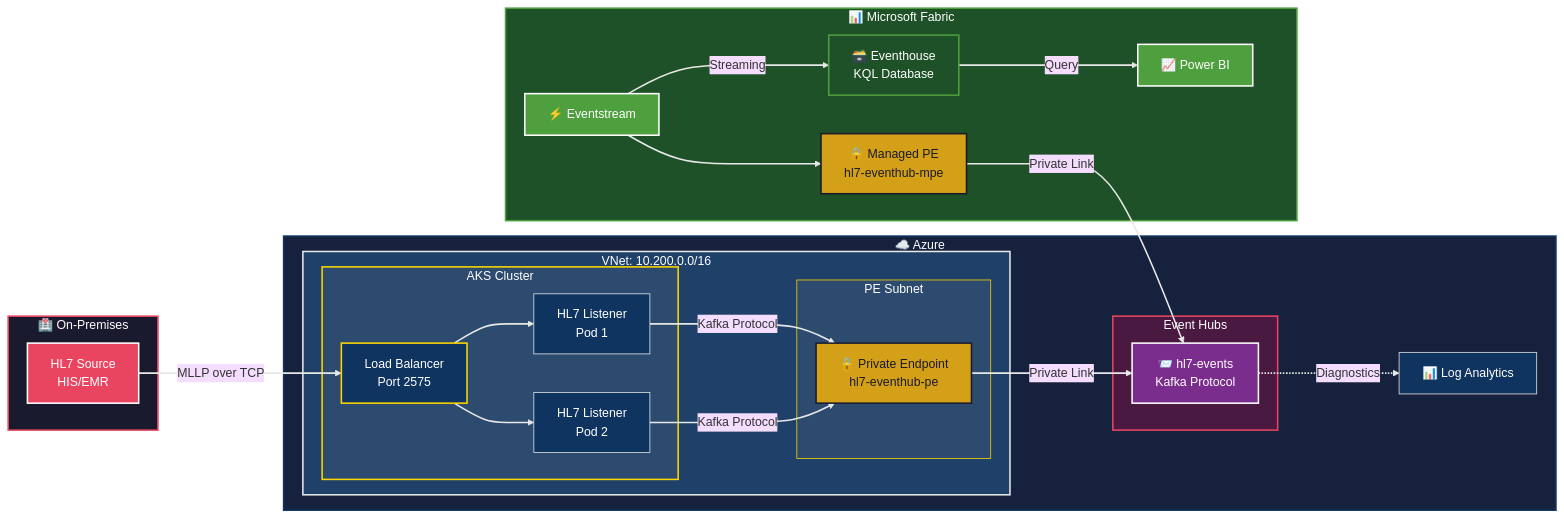
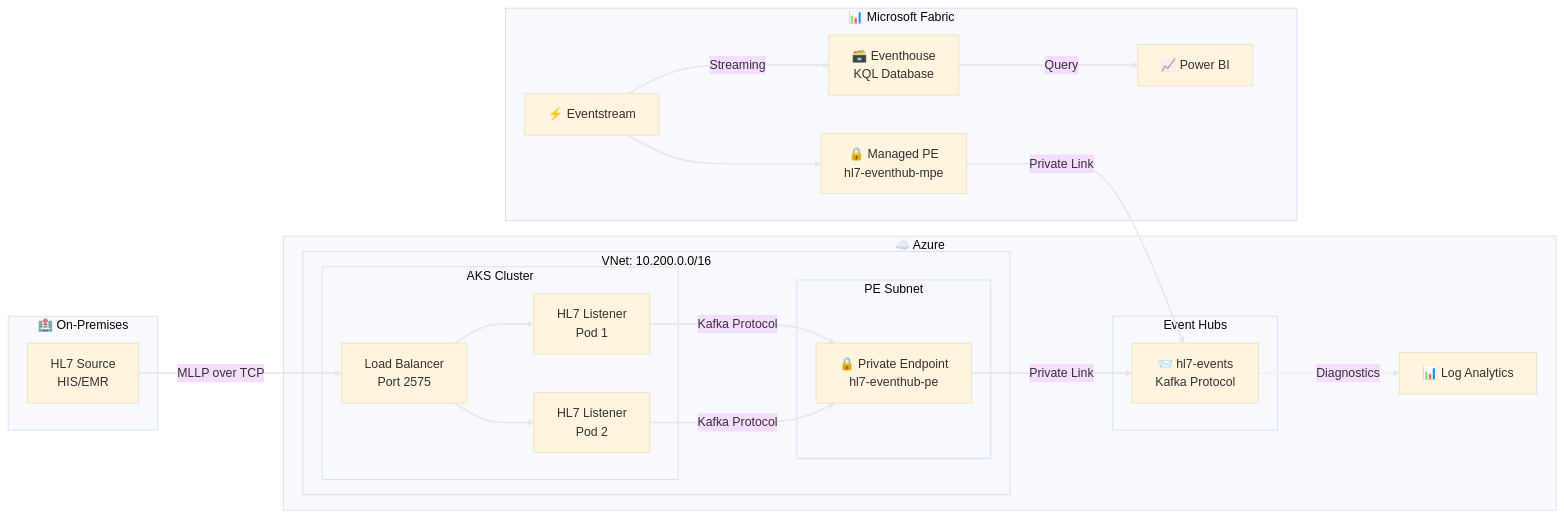
One commit to mhuot/hl7-eh-fab changed the diagram in README.md. Above: the diagram before and after it, drawn with Mermaid.

Commit message:
docs: Removed formatting of Mermaid diagram

````diff
--- a/README.md
+++ b/README.md
@@ -12,67 +12,67 @@
 ```mermaid
 %%{init: {'theme': 'base', 'themeVariables': { 'fontSize': '16px' }}}%%
 flowchart LR
    subgraph Client["🏥 On-Premises"]
       HL7["HL7 Source<br/>HIS/EMR"]
    end
 
    subgraph Azure["☁️ Azure"]
       subgraph VNet["VNet: 10.200.0.0/16"]
          subgraph AKS["AKS Cluster"]
                LB["Load Balancer<br/>Port 2575"]
                Pod1["HL7 Listener<br/>Pod 1"]
                Pod2["HL7 Listener<br/>Pod 2"]
          end
          subgraph PESubnet["PE Subnet"]
                PE["🔒 Private Endpoint<br/>hl7-eventhub-pe"]
          end
       end
       
       subgraph EventHubs["Event Hubs"]
          EH["📨 hl7-events<br/>Kafka Protocol"]
       end
       
       LA["📊 Log Analytics"]
    end
 
    subgraph Fabric["📊 Microsoft Fabric"]
       MPE["🔒 Managed PE<br/>hl7-eventhub-mpe"]
       ES["⚡ Eventstream"]
       KQL["🗃️ Eventhouse<br/>KQL Database"]
       PBI["📈 Power BI"]
    end
 
    HL7 -->|"MLLP over TCP"| LB
    LB --> Pod1
    LB --> Pod2
    Pod1 -->|"Kafka Protocol"| PE
    Pod2 -->|"Kafka Protocol"| PE
    PE -->|"Private Link"| EH
    EH -.->|"Diagnostics"| LA
    MPE -->|"Private Link"| EH
    ES --> MPE
    ES -->|"Streaming"| KQL
    KQL -->|"Query"| PBI
 
    linkStyle default stroke:#e8e8e8,stroke-width:2
    
    %% WCAG AA compliant colors with 4.5:1 contrast ratio
-   style Client fill:#1a1a2e,stroke:#e94560,stroke-width:2px,color:#ffffff
-   style Azure fill:#16213e,stroke:#0f3460,stroke-width:2px,color:#ffffff
-   style VNet fill:#1f4068,stroke:#e8e8e8,stroke-width:2px,color:#ffffff
-   style AKS fill:#2d4a6f,stroke:#ffd700,stroke-width:2px,color:#ffffff
-   style PESubnet fill:#2d4a6f,stroke:#ffd700,stroke-width:1px,color:#ffffff
-   style EventHubs fill:#4a1942,stroke:#e94560,stroke-width:2px,color:#ffffff
-   style Fabric fill:#1e5128,stroke:#4e9f3d,stroke-width:2px,color:#ffffff
-   style HL7 fill:#e94560,stroke:#ffffff,stroke-width:2px,color:#ffffff
-   style LB fill:#0f3460,stroke:#ffd700,stroke-width:2px,color:#ffffff
-   style Pod1 fill:#0f3460,stroke:#e8e8e8,stroke-width:1px,color:#ffffff
-   style Pod2 fill:#0f3460,stroke:#e8e8e8,stroke-width:1px,color:#ffffff
-   style PE fill:#d4a017,stroke:#1a1a2e,stroke-width:2px,color:#1a1a2e
-   style EH fill:#7b2d8e,stroke:#ffffff,stroke-width:2px,color:#ffffff
-   style LA fill:#0f3460,stroke:#e8e8e8,stroke-width:1px,color:#ffffff
-   style MPE fill:#d4a017,stroke:#1a1a2e,stroke-width:2px,color:#1a1a2e
-   style ES fill:#4e9f3d,stroke:#ffffff,stroke-width:2px,color:#ffffff
-   style KQL fill:#1e5128,stroke:#4e9f3d,stroke-width:2px,color:#ffffff
-   style PBI fill:#4e9f3d,stroke:#ffffff,stroke-width:2px,color:#ffffff
+   %% style Client fill:#1a1a2e,stroke:#e94560,stroke-width:2px,color:#ffffff
+   %% style Azure fill:#16213e,stroke:#0f3460,stroke-width:2px,color:#ffffff
+   %% style VNet fill:#1f4068,stroke:#e8e8e8,stroke-width:2px,color:#ffffff
+   %% style AKS fill:#2d4a6f,stroke:#ffd700,stroke-width:2px,color:#ffffff
+   %% style PESubnet fill:#2d4a6f,stroke:#ffd700,stroke-width:1px,color:#ffffff
+   %% style EventHubs fill:#4a1942,stroke:#e94560,stroke-width:2px,color:#ffffff
+   %% style Fabric fill:#1e5128,stroke:#4e9f3d,stroke-width:2px,color:#ffffff
+   %% style HL7 fill:#e94560,stroke:#ffffff,stroke-width:2px,color:#ffffff
+   %% style LB fill:#0f3460,stroke:#ffd700,stroke-width:2px,color:#ffffff
+   %% style Pod1 fill:#0f3460,stroke:#e8e8e8,stroke-width:1px,color:#ffffff
+   %% style Pod2 fill:#0f3460,stroke:#e8e8e8,stroke-width:1px,color:#ffffff
+   %% style PE fill:#d4a017,stroke:#1a1a2e,stroke-width:2px,color:#1a1a2e
+   %% style EH fill:#7b2d8e,stroke:#ffffff,stroke-width:2px,color:#ffffff
+   %% style LA fill:#0f3460,stroke:#e8e8e8,stroke-width:1px,color:#ffffff
+   %% style MPE fill:#d4a017,stroke:#1a1a2e,stroke-width:2px,color:#1a1a2e
+   %% style ES fill:#4e9f3d,stroke:#ffffff,stroke-width:2px,color:#ffffff
+   %% style KQL fill:#1e5128,stroke:#4e9f3d,stroke-width:2px,color:#ffffff
+   %% style PBI fill:#4e9f3d,stroke:#ffffff,stroke-width:2px,color:#ffffff
 ```
````
